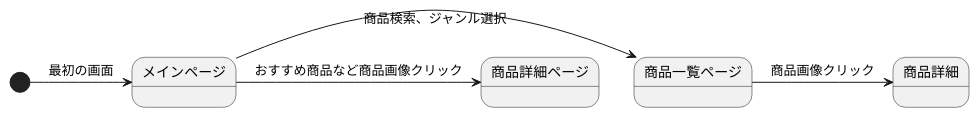
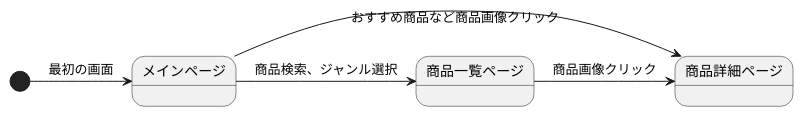
The first of 2 diagrams in orcashop/StateMachine.md (Aso2001385/2021sys-design), drawn with PlantUML before and after one commit.

````diff
--- a/orcashop/StateMachine.md
+++ b/orcashop/StateMachine.md
@@ -1,11 +1,11 @@
 ```uml
 @startuml
 
 [*] -> メインページ: 最初の画面
 メインページ -> 商品一覧ページ: 商品検索、ジャンル選択
 メインページ -> 商品詳細ページ: おすすめ商品など商品画像クリック
-商品一覧ページ -> 商品詳細: 商品画像クリック
+商品一覧ページ -> 商品詳細ページ: 商品画像クリック
 
 
 @enduml
 ```
````
